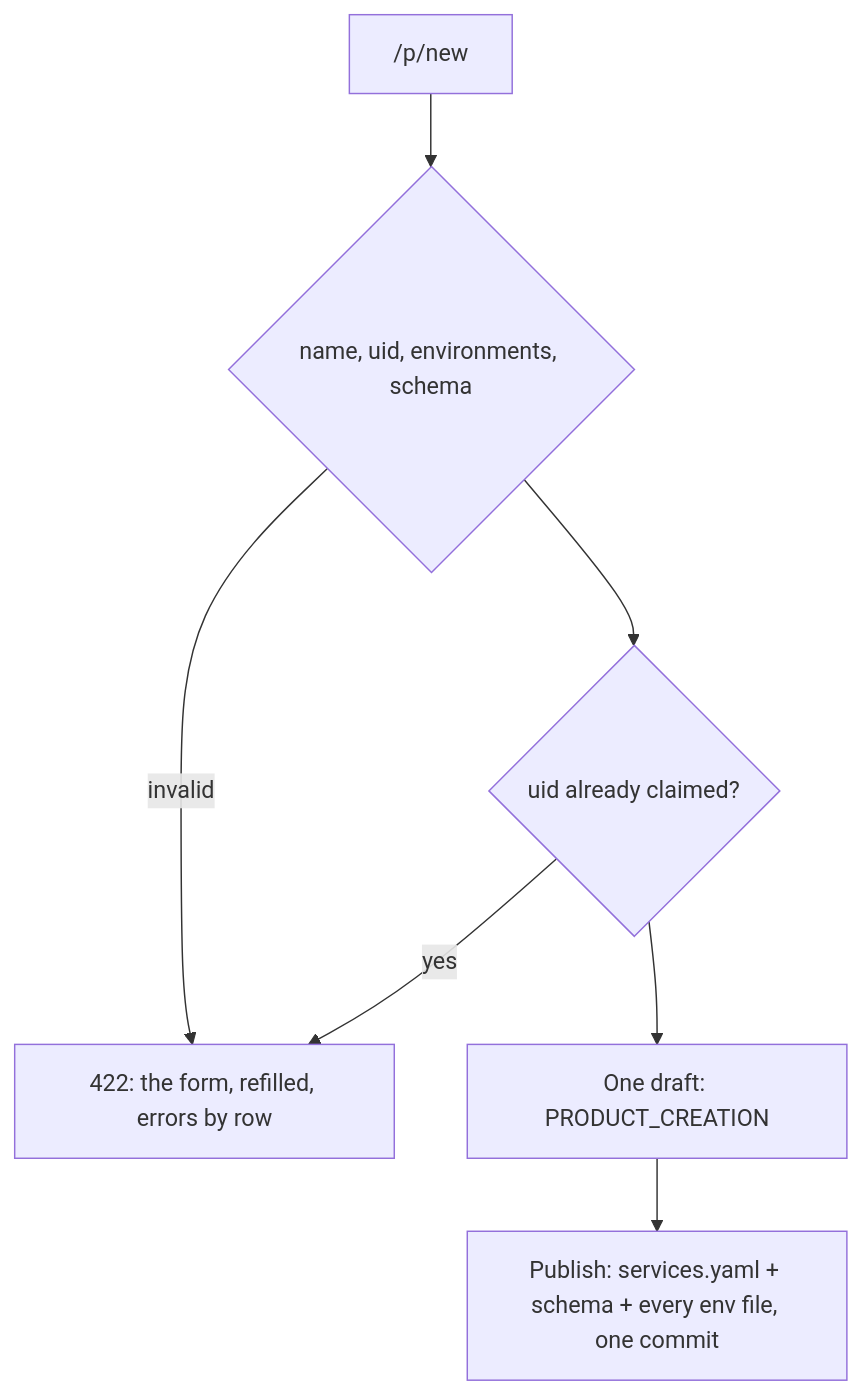
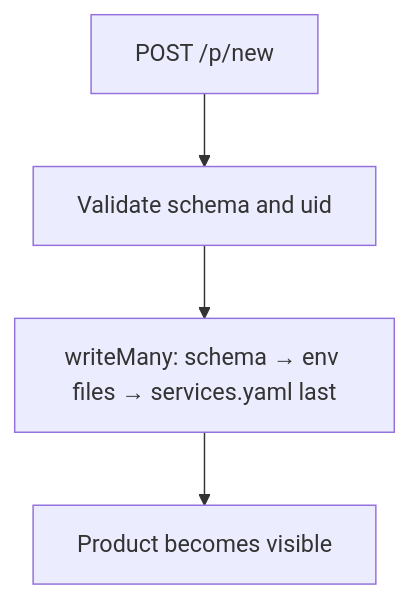
The fourth of 8 diagrams in docs/flow-diagrams.md (AnudeepChPaul/config.anudeep.pro), drawn with Mermaid before and after one commit. The commit also changed other lines of this file and 109 other files, not shown here.

````diff
--- a/docs/flow-diagrams.md
+++ b/docs/flow-diagrams.md
@@ -69,9 +63,6 @@
 ```mermaid
 flowchart TD
-    Form["/p/new"] --> Check{"name, uid, environments, schema"}
-    Check -->|"invalid"| Back["422: the form, refilled, errors by row"]
-    Check --> Uid{"uid already claimed?"}
-    Uid -->|"yes"| Back
-    Uid --> Staged["One draft: PRODUCT_CREATION"]
-    Staged --> Commit["Publish: services.yaml + schema + every env file, one commit"]
+    Create["POST /p/new"] --> Val["Validate schema and uid"]
+    Val --> Atomic["writeMany: schema → env files → services.yaml last"]
+    Atomic --> Visible["Product becomes visible"]
 ```
````
